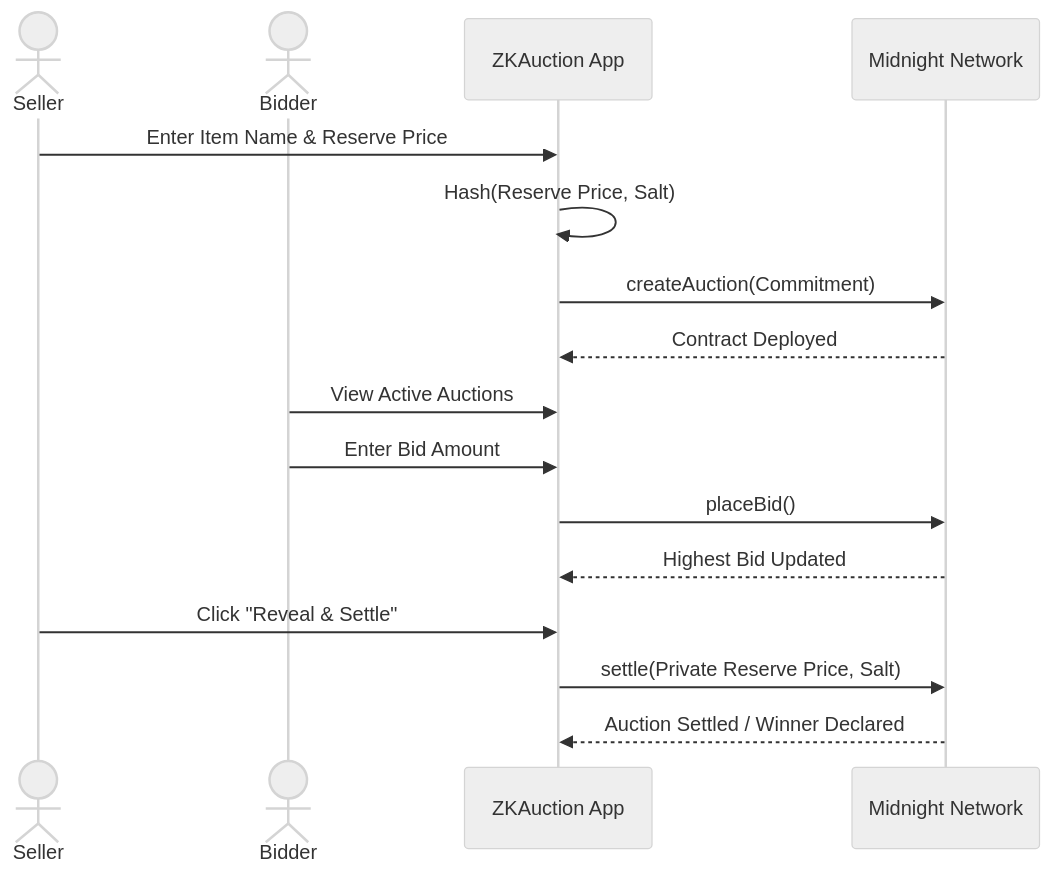
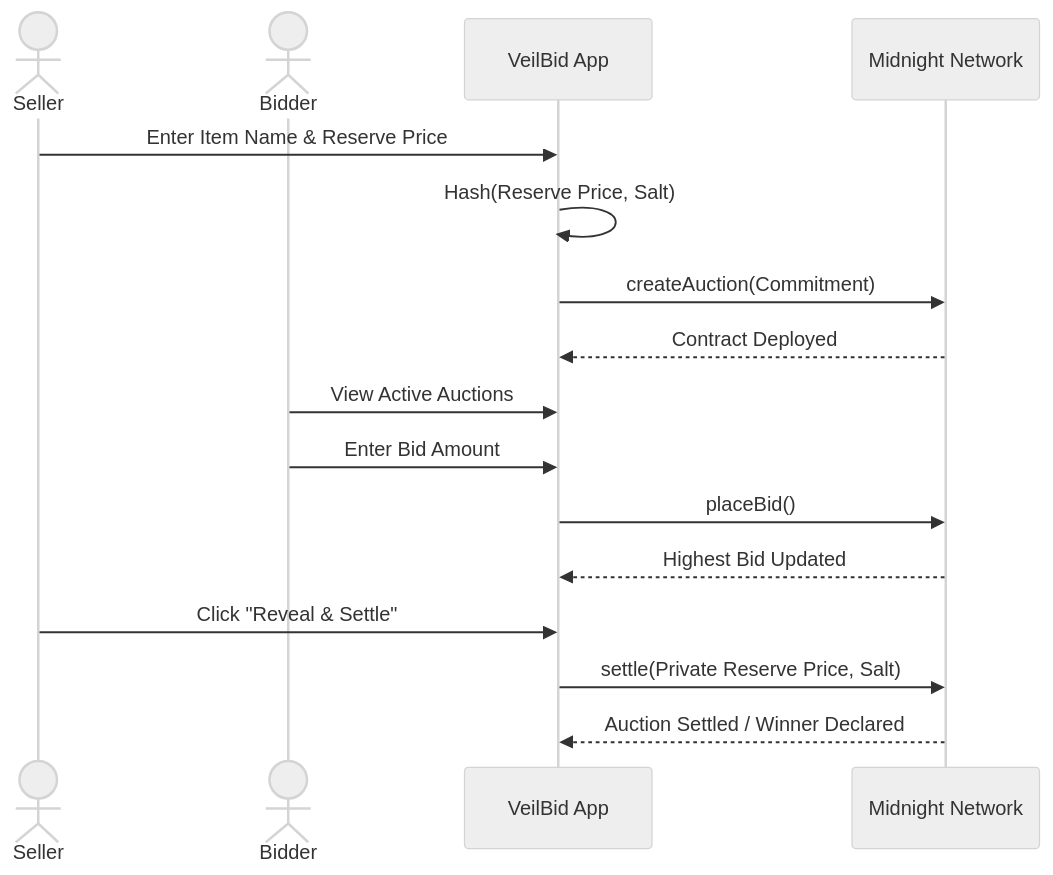
The second of 2 diagrams in README.md (thisisouvik/VeilBid), drawn with Mermaid (neutral theme) before and after one commit. The commit also changed other lines of this file and 12 other files, not shown here.

First line of the commit message:
feat: rename project from ZKAuction to VeilBid and update branding

````diff
--- a/README.md
+++ b/README.md
@@ -139,19 +139,19 @@
 ```mermaid
 sequenceDiagram
     actor Seller
     actor Bidder
-    participant ZKAuction App
+    participant VeilBid App
     participant Midnight Network
 
-    Seller->>ZKAuction App: Enter Item Name & Reserve Price
-    ZKAuction App->>ZKAuction App: Hash(Reserve Price, Salt)
-    ZKAuction App->>Midnight Network: createAuction(Commitment)
-    Midnight Network-->>ZKAuction App: Contract Deployed
-    Bidder->>ZKAuction App: View Active Auctions
-    Bidder->>ZKAuction App: Enter Bid Amount
-    ZKAuction App->>Midnight Network: placeBid()
-    Midnight Network-->>ZKAuction App: Highest Bid Updated
-    Seller->>ZKAuction App: Click "Reveal & Settle"
-    ZKAuction App->>Midnight Network: settle(Private Reserve Price, Salt)
-    Midnight Network-->>ZKAuction App: Auction Settled / Winner Declared
+    Seller->>VeilBid App: Enter Item Name & Reserve Price
+    VeilBid App->>VeilBid App: Hash(Reserve Price, Salt)
+    VeilBid App->>Midnight Network: createAuction(Commitment)
+    Midnight Network-->>VeilBid App: Contract Deployed
+    Bidder->>VeilBid App: View Active Auctions
+    Bidder->>VeilBid App: Enter Bid Amount
+    VeilBid App->>Midnight Network: placeBid()
+    Midnight Network-->>VeilBid App: Highest Bid Updated
+    Seller->>VeilBid App: Click "Reveal & Settle"
+    VeilBid App->>Midnight Network: settle(Private Reserve Price, Salt)
+    Midnight Network-->>VeilBid App: Auction Settled / Winner Declared
 ```
````
